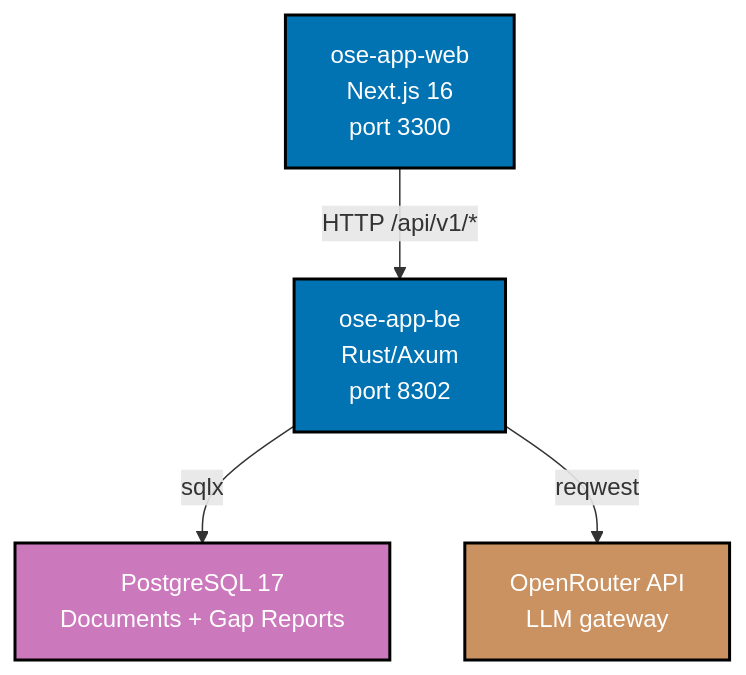
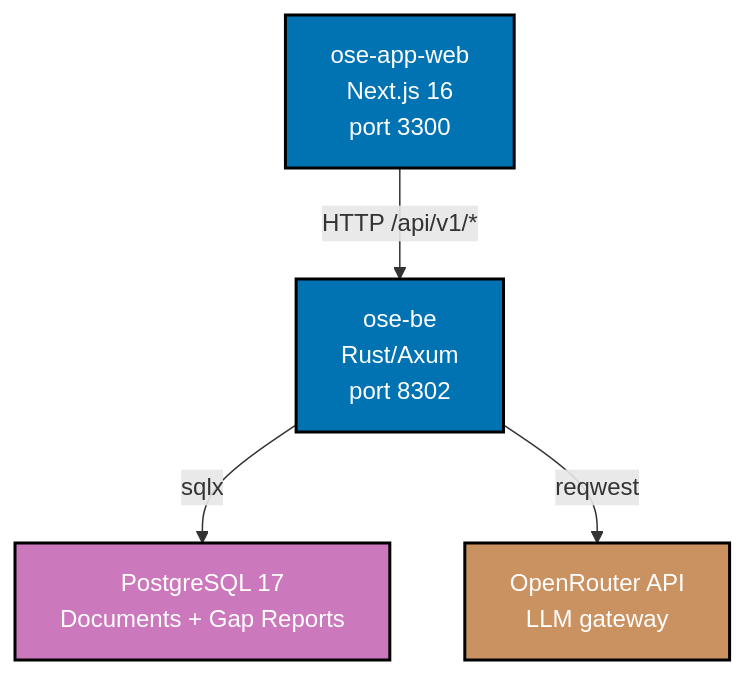
The first of 2 diagrams in specs/apps/ose/containers/container.md (wahidyankf/baseerah), drawn with Mermaid before and after one commit. The commit also changed other lines of this file and 99 other files, not shown here.

First line of the commit message:
feat(ose-be): port ose-app-be to F# + rename to ose-be (Phases 3a+3b)

````diff
--- a/specs/apps/ose/containers/container.md
+++ b/specs/apps/ose/containers/container.md
@@ -5,18 +5,18 @@
 ```mermaid
 %% Color Palette: Blue #0173B2 (app), Purple #CC78BC (data), Brown #CA9161 (external)
 %% All colors meet WCAG AA contrast standards and are color-blind friendly.
 
 graph TD
     WEB["ose-app-web<br/>Next.js 16<br/>port 3300"]:::app
-    BE["ose-app-be<br/>Rust/Axum<br/>port 8302"]:::app
+    BE["ose-be<br/>Rust/Axum<br/>port 8302"]:::app
     PG["PostgreSQL 17<br/>Documents + Gap Reports"]:::data
     OR["OpenRouter API<br/>LLM gateway"]:::external
 
     WEB -->|HTTP /api/v1/*| BE
     BE -->|sqlx| PG
     BE -->|reqwest| OR
 
     classDef app fill:#0173B2,stroke:#000000,color:#FFFFFF,stroke-width:2px
     classDef data fill:#CC78BC,stroke:#000000,color:#FFFFFF,stroke-width:2px
     classDef external fill:#CA9161,stroke:#000000,color:#FFFFFF,stroke-width:2px
 ```
````
